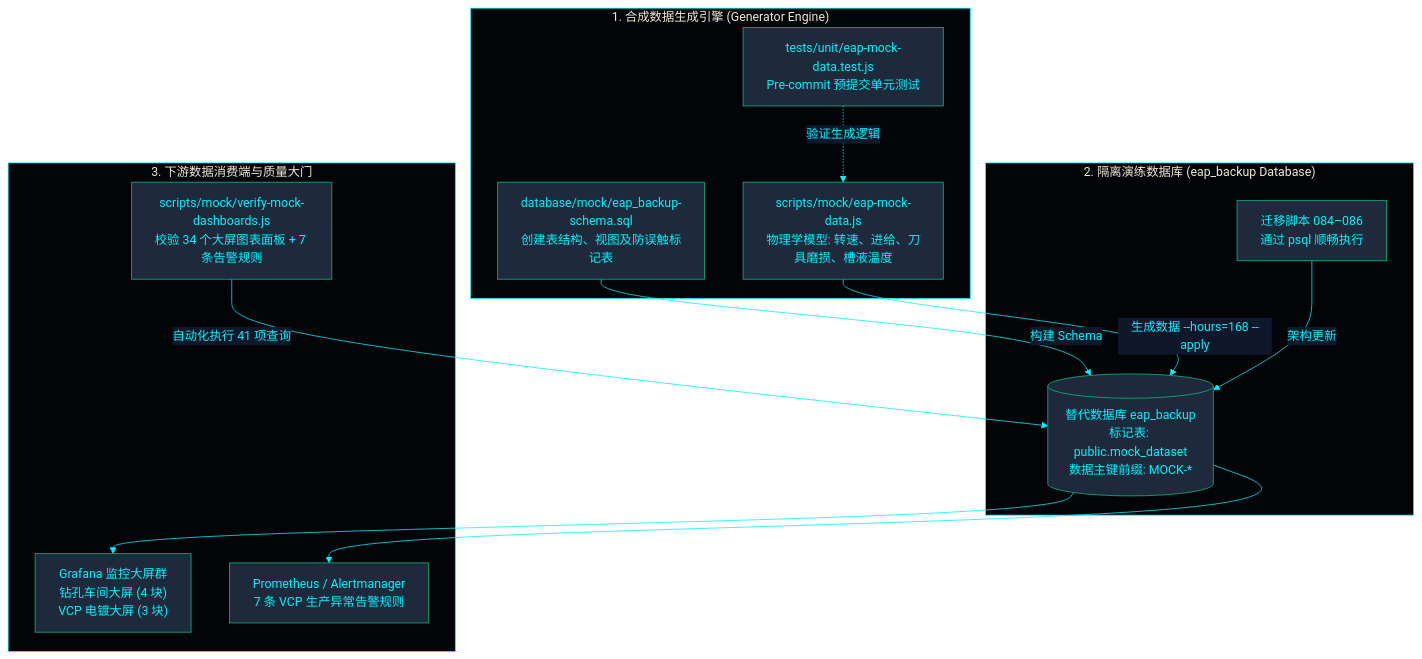
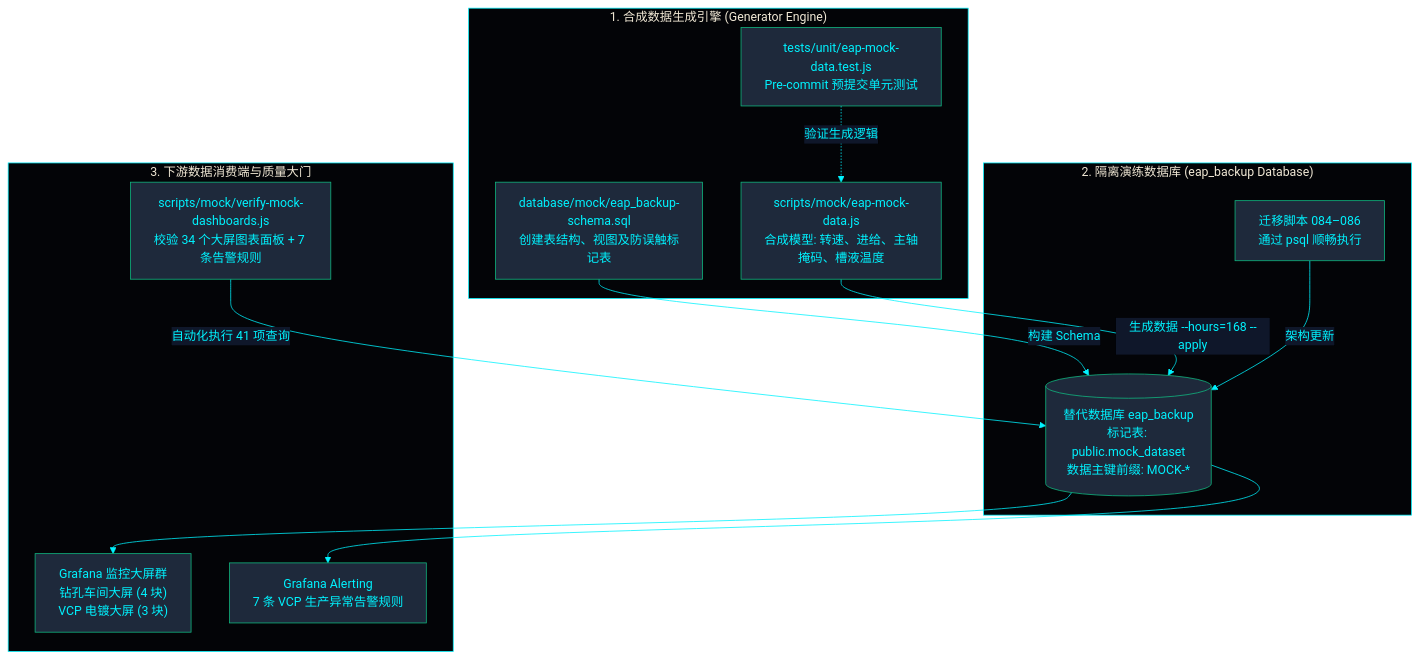
Before and after one commit to PATTANAKORN025/IMS: the diagram in zh-CN/docs/data/MOCK_DATA.md, drawn with Mermaid. The commit also changed other lines of this file and 46 other files, not shown here.

````diff
--- a/zh-CN/docs/data/MOCK_DATA.md
+++ b/zh-CN/docs/data/MOCK_DATA.md
@@ -26,38 +26,38 @@
 ```mermaid
 %%{init: {'theme': 'base', 'themeVariables': { 'primaryColor': '#1e293b', 'primaryTextColor': '#00F2FE', 'primaryBorderColor': '#10B981', 'lineColor': '#00F2FE', 'secondaryColor': '#0f172a', 'tertiaryColor': '#0f172a', 'clusterBkg': '#030407', 'clusterBorder': '#00F2FE'}}}%%
 flowchart TD
   subgraph GEN["1. 合成数据生成引擎 (Generator Engine)"]
     SCHEMA["database/mock/eap_backup-schema.sql
 创建表结构、视图及防误触标记表"]
     MOCK_JS["scripts/mock/eap-mock-data.js
-物理学模型: 转速、进给、刀具磨损、槽液温度"]
+合成模型: 转速、进给、主轴掩码、槽液温度"]
     UNIT["tests/unit/eap-mock-data.test.js
 Pre-commit 预提交单元测试"]
   end
 
   subgraph DB["2. 隔离演练数据库 (eap_backup Database)"]
     STANDIN[("替代数据库 eap_backup
 标记表: public.mock_dataset
 数据主键前缀: MOCK-*")]
     MIG["迁移脚本 084–086
 通过 psql 顺畅执行"]
   end
 
   subgraph CONSUMERS["3. 下游数据消费端与质量大门"]
     DASH["Grafana 监控大屏群
 钻孔车间大屏 (4 块)
 VCP 电镀大屏 (3 块)"]
-    ALERTS["Prometheus / Alertmanager
+    ALERTS["Grafana Alerting
 7 条 VCP 生产异常告警规则"]
     VERIFY["scripts/mock/verify-mock-dashboards.js
 校验 34 个大屏图表面板 + 7 条告警规则"]
   end
 
   SCHEMA -->|构建 Schema| STANDIN
   MOCK_JS -->|生成数据 --hours=168 --apply| STANDIN
   MIG -->|架构更新| STANDIN
   UNIT -.->|验证生成逻辑| MOCK_JS
   STANDIN --> DASH
   STANDIN --> ALERTS
   VERIFY -->|自动化执行 41 项查询| STANDIN
 ```
````
